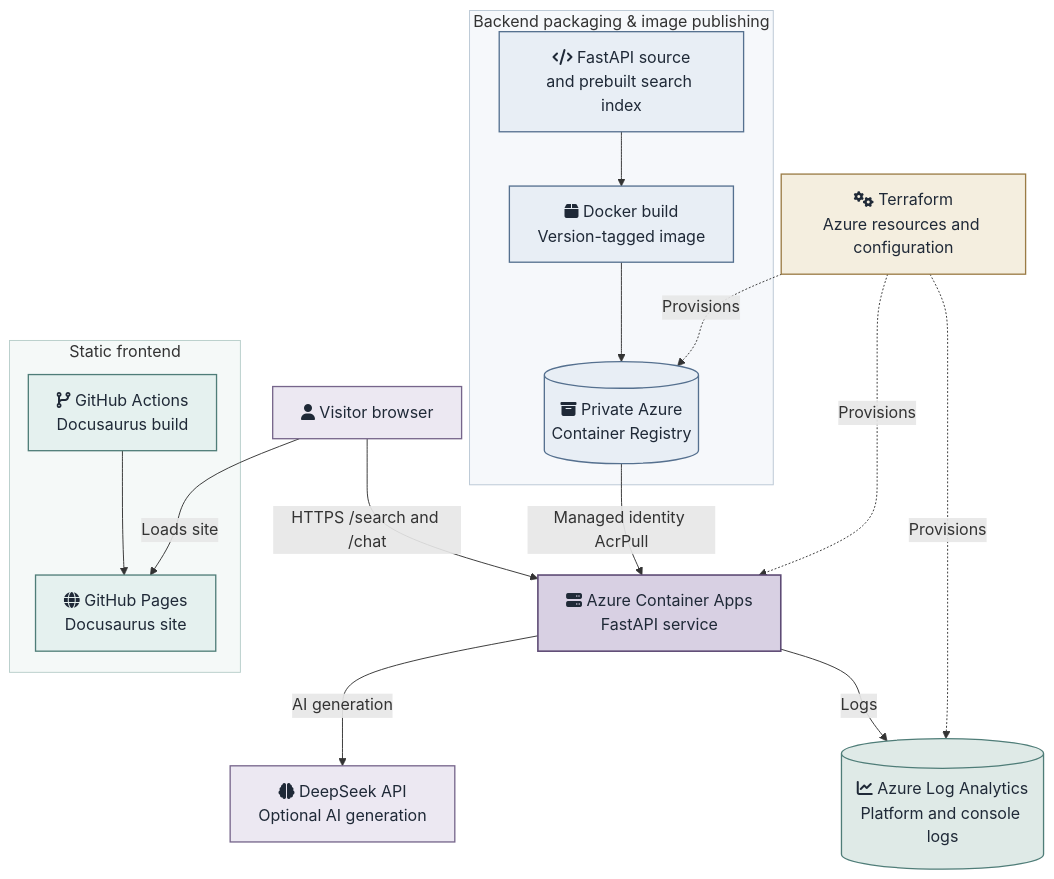
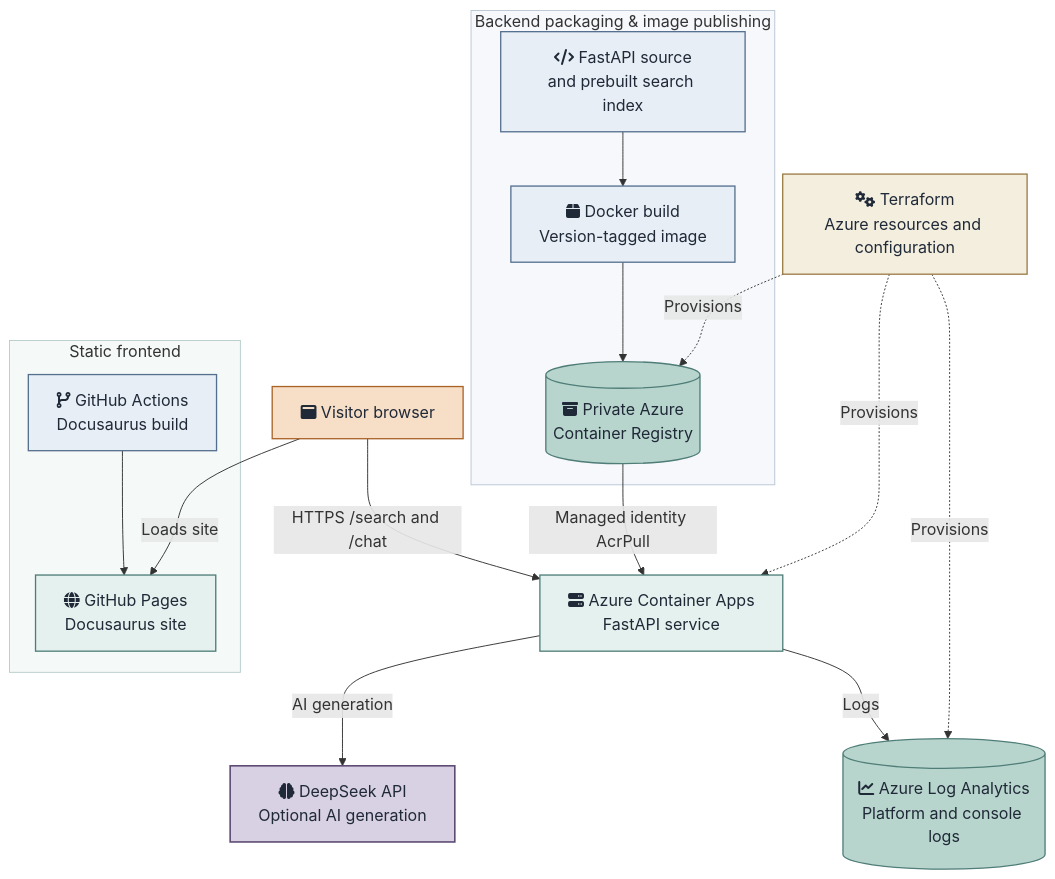
Before and after one commit to iand4096/docusaurusportfolio: the third of 3 diagrams in docs/case-studies/RagSearchCloudArchitecture.md, drawn with Mermaid. The commit also changed other lines of this file and 3 other files, not shown here.

Commit message:
Refine RAG diagrams with consistent colours, legends and spacing

````diff
--- a/docs/case-studies/RagSearchCloudArchitecture.md
+++ b/docs/case-studies/RagSearchCloudArchitecture.md
@@ -227,52 +234,52 @@
 ```mermaid
 %%{init: {
   "flowchart": {"useMaxWidth": false, "nodeSpacing": 20, "rankSpacing": 45},
   "themeVariables": {"fontSize": "17px"}
 }}%%
 flowchart TB
     subgraph PACKAGE["Backend packaging & image publishing"]
         Source["fa:fa-code FastAPI source<br/>and prebuilt search index"]
         Docker["fa:fa-box Docker build<br/>Version-tagged image"]
         ACR[("fa:fa-box-archive Private Azure<br/>Container Registry")]
         Source --> Docker --> ACR
     end
 
         Terraform["fa:fa-gears Terraform<br/>Azure resources and configuration"]
 
     subgraph FRONTEND["Static frontend"]
         Actions["fa:fa-code-branch GitHub Actions<br/>Docusaurus build"]
         Pages["fa:fa-globe GitHub Pages<br/>Docusaurus site"]
         Actions --> Pages
     end
 
-        Browser["fa:fa-user Visitor browser"]
+        Browser["fa:fa-window-maximize Visitor browser"]
         ACA["fa:fa-server Azure Container Apps<br/>FastAPI service"]
         DeepSeek["fa:fa-brain DeepSeek API<br/>Optional AI generation"]
         Logs[("fa:fa-chart-line Azure Log Analytics<br/>Platform and console logs")]
         Browser -->|Loads site| Pages
         Browser -->|HTTPS /search and /chat| ACA
         ACA -->|AI generation| DeepSeek
         ACA -->|Logs| Logs
 
     ACR -->|Managed identity AcrPull| ACA
     Terraform -.->|Provisions| ACR
     Terraform -.->|Provisions| ACA
     Terraform -.->|Provisions| Logs
 
-    classDef build fill:#E8EEF5,stroke:#55708F,color:#1F2937,stroke-width:1.4px;
+    classDef input fill:#E8EEF5,stroke:#55708F,color:#1F2937,stroke-width:1.4px;
+    classDef process fill:#E5F1EF,stroke:#4F7D78,color:#1F2937,stroke-width:1.4px;
+    classDef storage fill:#B8D5CD,stroke:#4F7D78,color:#1F2937,stroke-width:1.4px;
     classDef infra fill:#F4EEDF,stroke:#9A7B45,color:#1F2937,stroke-width:1.4px;
-    classDef frontend fill:#E5F1EF,stroke:#4F7D78,color:#1F2937,stroke-width:1.4px;
-    classDef runtime fill:#ECE8F2,stroke:#76658B,color:#1F2937,stroke-width:1.4px;
-    classDef service fill:#D8D0E3,stroke:#5E4B75,color:#1F2937,stroke-width:1.7px;
-    classDef observability fill:#DFEAE7,stroke:#4F7D78,color:#1F2937,stroke-width:1.4px;
+    classDef interaction fill:#F6DEC7,stroke:#A96326,color:#1F2937,stroke-width:1.4px;
+    classDef generation fill:#D8D0E3,stroke:#5E4B75,color:#1F2937,stroke-width:1.7px;
 
-    class Source,Docker,ACR build;
+    class Source,Docker,Actions input;
+    class Pages,ACA process;
+    class ACR,Logs storage;
     class Terraform infra;
-    class Actions,Pages frontend;
-    class Browser,DeepSeek runtime;
-    class ACA service;
-    class Logs observability;
+    class Browser interaction;
+    class DeepSeek generation;
 
     style PACKAGE fill:#F6F8FB,stroke:#BAC7D4,stroke-width:1px
     style FRONTEND fill:#F5F9F8,stroke:#B7CECA,stroke-width:1px
 ```
````
